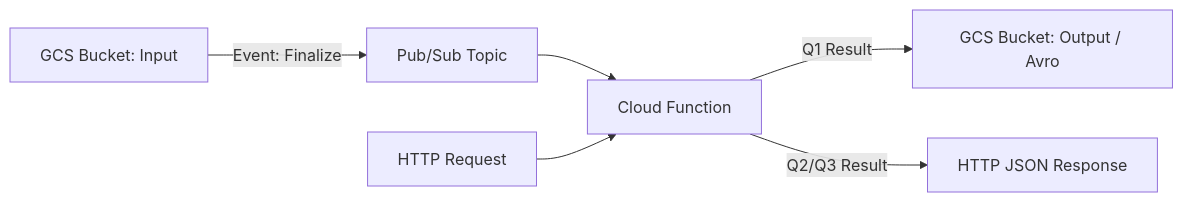
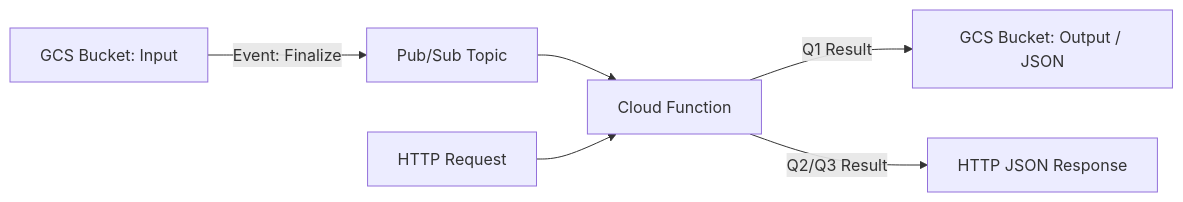
One commit to jdmarinb/latam-challenge changed the diagram in SOLUTION.md. Above: the diagram before and after it, drawn with Mermaid. The commit also changed other lines of this file, not shown here.

Commit message:
🐛 fix(docs): fix tipe file in output from cloud implementation

````diff
--- a/SOLUTION.md
+++ b/SOLUTION.md
@@ -398,8 +398,8 @@
 ```mermaid
 graph LR
     A[GCS Bucket: Input] -->|Event: Finalize| B[Pub/Sub Topic]
     B --> C[Cloud Function]
-    C -->|Q1 Result| D[GCS Bucket: Output / Avro]
+    C -->|Q1 Result| D[GCS Bucket: Output / JSON]
     E[HTTP Request] --> C
     C -->|Q2/Q3 Result| F[HTTP JSON Response]
 ```
````
